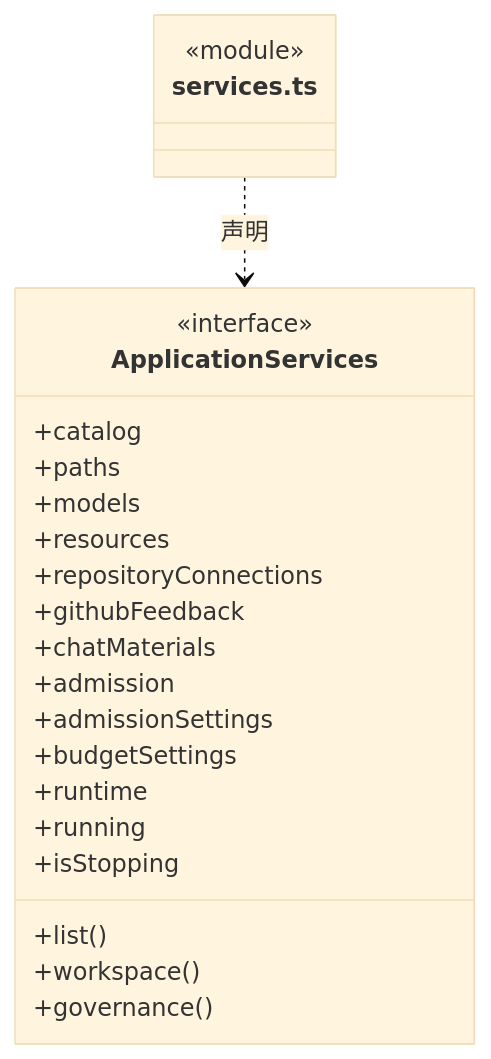
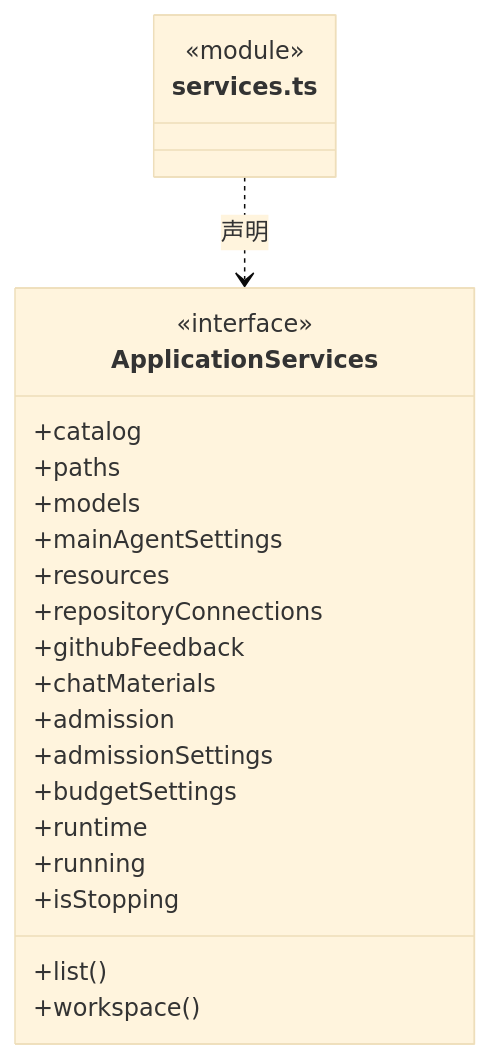
The second of 4 diagrams in src/backend/main/ipc/ARCHITECTURE.md (nan023062/cbim), drawn with Mermaid (base theme) before and after one commit. The commit also changed other lines of this file and 81 other files, not shown here.

First line of the commit message:
fix: share main agent settings and separate engines from model providers

````diff
--- a/src/backend/main/ipc/ARCHITECTURE.md
+++ b/src/backend/main/ipc/ARCHITECTURE.md
@@ -34,26 +34,26 @@
 ```mermaid
 classDiagram
 class N_src_backend_main_ipc_services_ts["services.ts"] {
   <<module>>
 }
 class N_src_backend_main_ipc_services_ts_ApplicationServices["ApplicationServices"] {
   <<interface>>
   +catalog
   +paths
   +models
+  +mainAgentSettings
   +resources
   +repositoryConnections
   +githubFeedback
   +chatMaterials
   +admission
   +admissionSettings
   +budgetSettings
   +runtime
   +running
   +isStopping
   +list()
   +workspace()
-  +governance()
 }
 N_src_backend_main_ipc_services_ts ..> N_src_backend_main_ipc_services_ts_ApplicationServices : 声明
 ```
````
